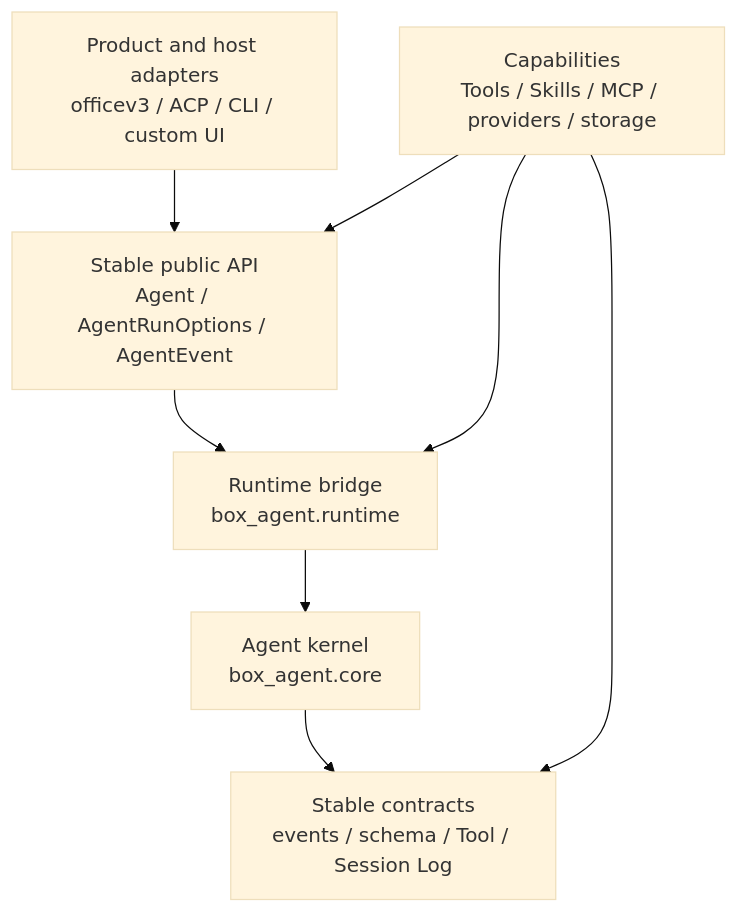
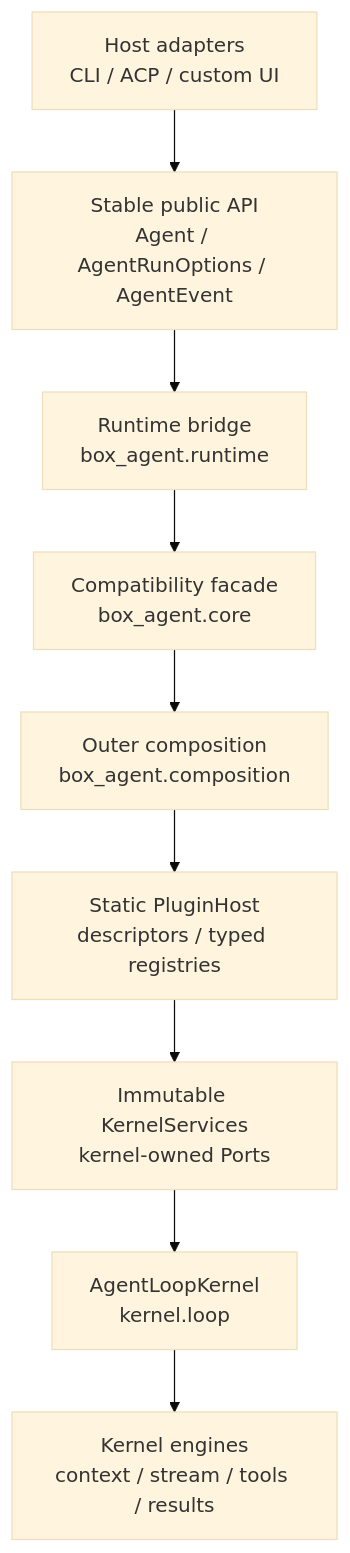
Before and after one commit to Raccoon-Office/Box-Agent: the diagram in docs/ARCHITECTURE.md, drawn with Mermaid (base theme). The commit also changed other lines of this file and 35 other files, not shown here.

First line of the commit message:
refactor(core): extract kernel and harden plugin lifecycle

````diff
--- a/docs/ARCHITECTURE.md
+++ b/docs/ARCHITECTURE.md
@@ -9,17 +9,14 @@
 ```mermaid
 flowchart TB
-    P["Product and host adapters<br/>officev3 / ACP / CLI / custom UI"]
-    E["Capabilities<br/>Tools / Skills / MCP / providers / storage"]
+    H["Host adapters<br/>CLI / ACP / custom UI"]
     A["Stable public API<br/>Agent / AgentRunOptions / AgentEvent"]
     R["Runtime bridge<br/>box_agent.runtime"]
-    C["Agent kernel<br/>box_agent.core"]
-    K["Stable contracts<br/>events / schema / Tool / Session Log"]
+    C["Compatibility facade<br/>box_agent.core"]
+    O["Outer composition<br/>box_agent.composition"]
+    P["Static PluginHost<br/>descriptors / typed registries"]
+    S["Immutable KernelServices<br/>kernel-owned Ports"]
+    L["AgentLoopKernel<br/>kernel.loop"]
+    E["Kernel engines<br/>context / stream / tools / results"]
 
-    P --> A
-    E --> A
-    A --> R
-    R --> C
-    C --> K
-    E --> K
-    E --> R
+    H --> A --> R --> C --> O --> P --> S --> L --> E
 ```
````
